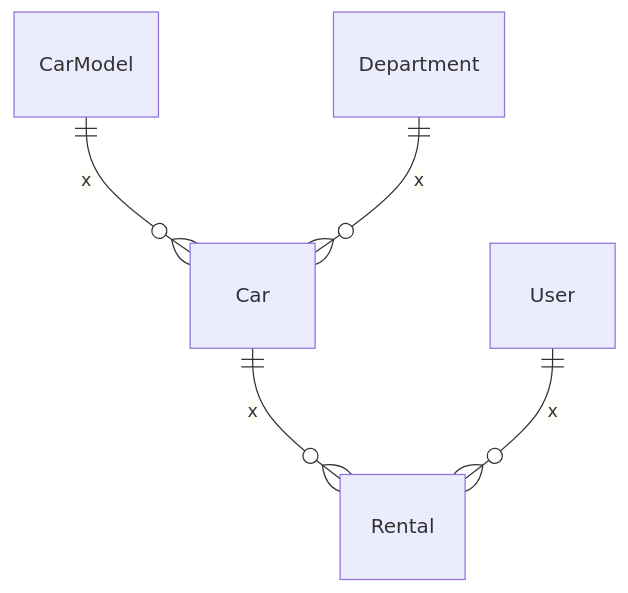
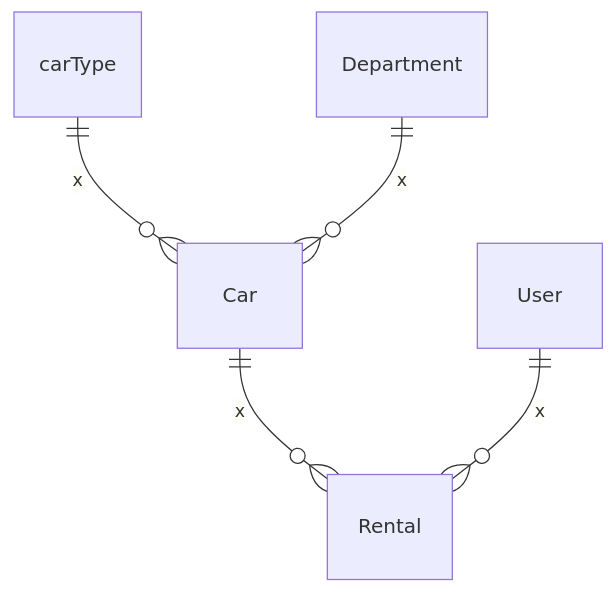
One commit to kacperwyczawski/sigma-cars changed the second of 2 diagrams in README.md. Above: the diagram before and after it, drawn with Mermaid. The commit also changed 33 other files, not shown here.

Commit message:
refactor: rename car model to car type

````diff
--- a/README.md
+++ b/README.md
@@ -85,7 +85,7 @@
 ```mermaid
 erDiagram
-    CarModel ||--o{ Car : x
+    carType ||--o{ Car : x
     Department ||--o{ Car : x
     Car ||--o{ Rental : x
     User ||--o{ Rental : x
 ```
````
